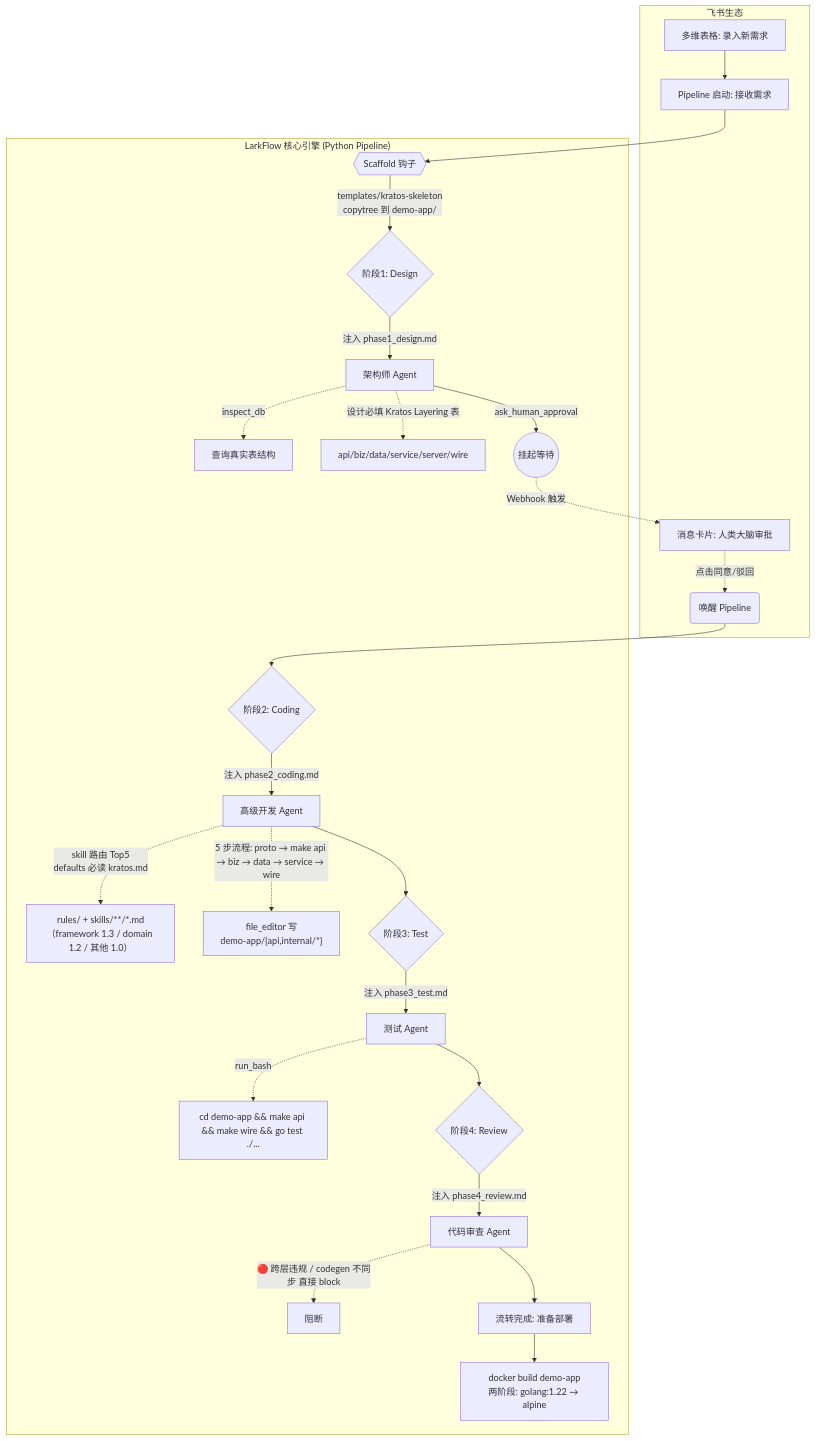
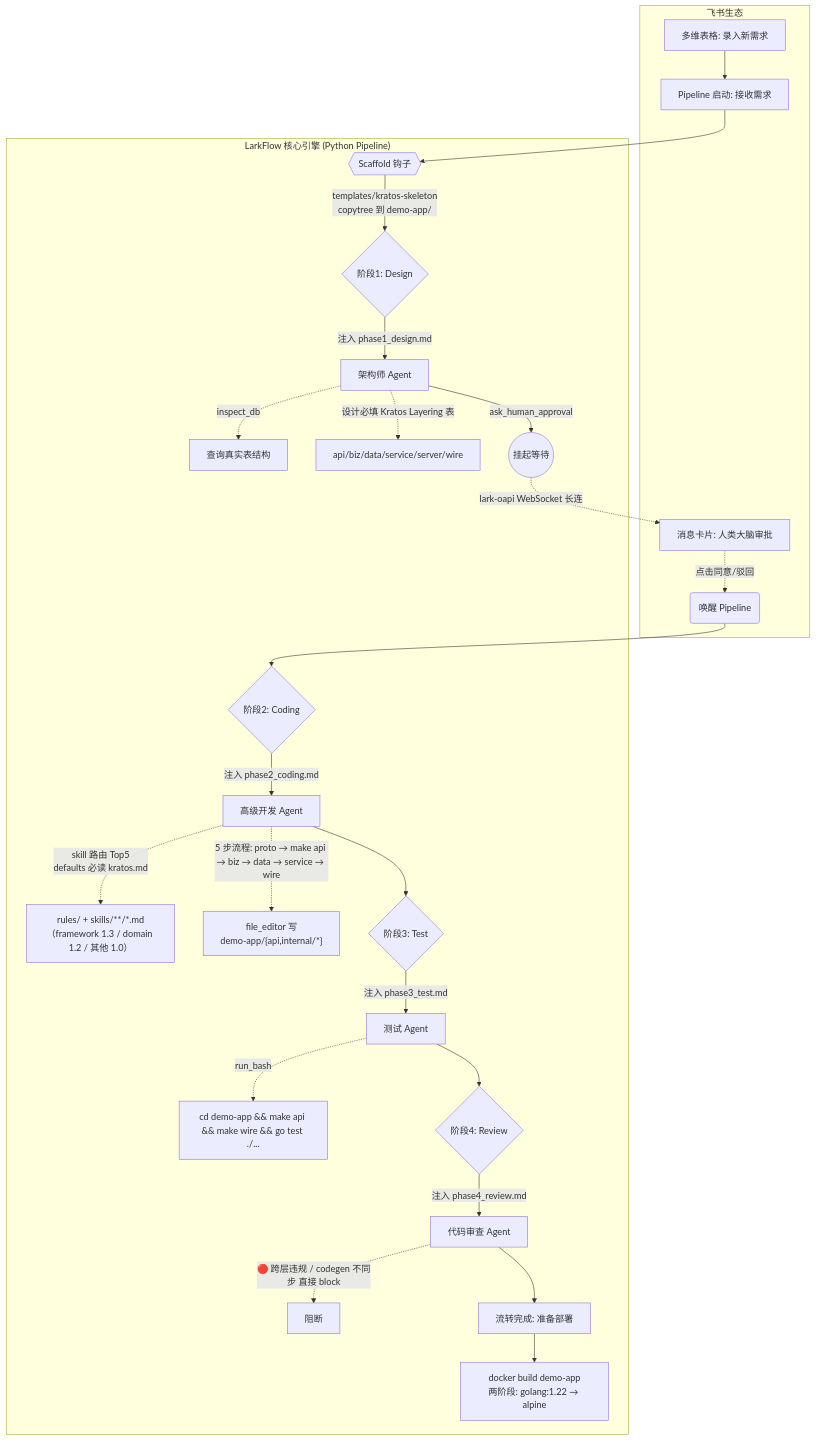
The diagram in README.md (T-X-1013/LarkFlow), drawn with Mermaid before and after one commit. The commit also changed other lines of this file and 12 other files, not shown here.

````diff
--- a/README.md
+++ b/README.md
@@ -24,29 +24,29 @@
 ```mermaid
 graph TD
     subgraph feishu["飞书生态"]
         A[多维表格: 录入新需求] --> B
         H[消息卡片: 人类大脑审批] -.->|点击同意/驳回| I(唤醒 Pipeline)
     end
 
     subgraph lfe["LarkFlow 核心引擎 (Python Pipeline)"]
         B[Pipeline 启动: 接收需求] --> SC{{Scaffold 钩子}}
         SC -->|templates/kratos-skeleton<br/>copytree 到 demo-app/| C{阶段1: Design}
         C -->|注入 phase1_design.md| D[架构师 Agent]
         D -.->|inspect_db| T1[查询真实表结构]
         D -.->|设计必填 Kratos Layering 表| KL[api/biz/data/service/server/wire]
         D -->|ask_human_approval| E((挂起等待))
-        E -.->|Webhook 触发| H
+        E -.->|lark-oapi WebSocket 长连| H
         I --> F{阶段2: Coding}
         F -->|注入 phase2_coding.md| J[高级开发 Agent]
         J -.->|skill 路由 Top5<br/>defaults 必读 kratos.md| R["rules/ + skills/**/*.md<br/>（framework 1.3 / domain 1.2 / 其他 1.0）"]
         J -.->|5 步流程: proto → make api → biz → data → service → wire| T2["file_editor 写<br/>demo-app/{api,internal/*}"]
         J --> L{阶段3: Test}
         L -->|注入 phase3_test.md| M[测试 Agent]
         M -.->|run_bash| T3["cd demo-app && make api && make wire && go test ./..."]
         M --> O{阶段4: Review}
         O -->|注入 phase4_review.md| P[代码审查 Agent]
         P -.->|🔴 跨层违规 / codegen 不同步 直接 block| RL[阻断]
         P --> N[流转完成: 准备部署]
         N --> DP[docker build demo-app<br/>两阶段: golang:1.22 → alpine]
     end
 ```
````
